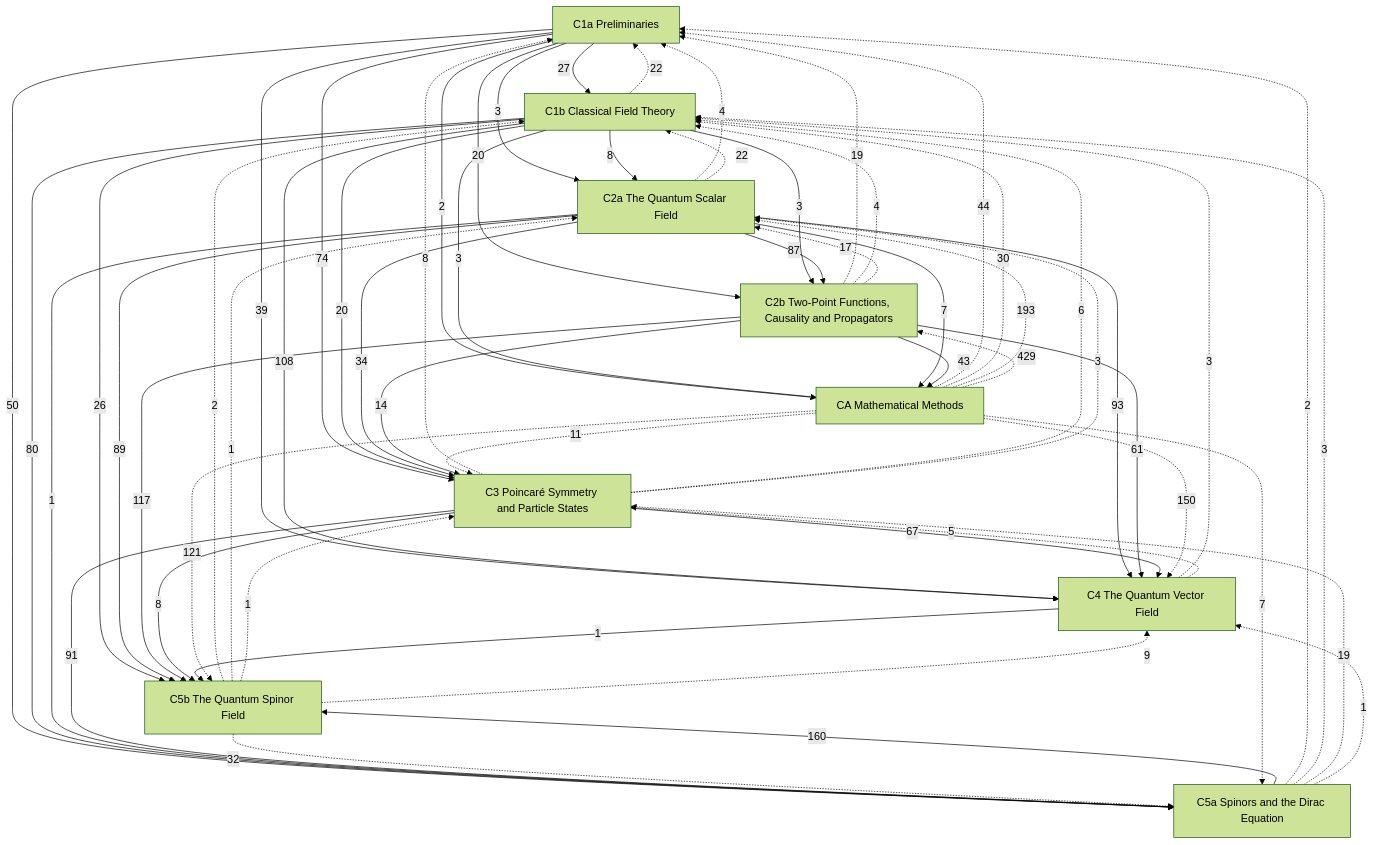
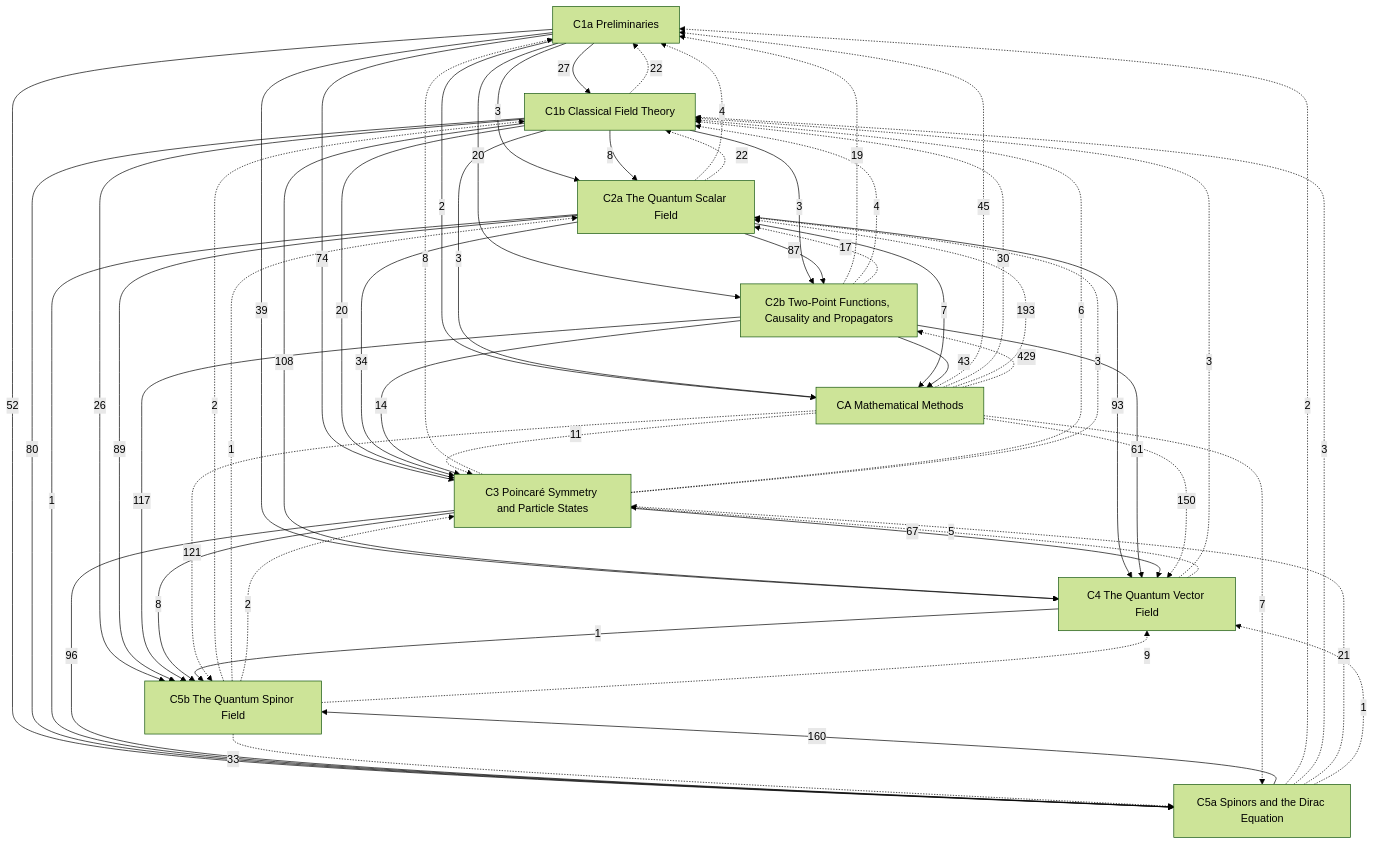
The diagram in Physics/Quantum Field Theory/Quantum Field Theory.md (Onion20040508/notes), drawn with Mermaid (forest theme) before and after one commit. The commit also changed other lines of this file and 75 other files, not shown here.

````diff
--- a/Physics/Quantum Field Theory/Quantum Field Theory.md
+++ b/Physics/Quantum Field Theory/Quantum Field Theory.md
@@ -28,69 +28,69 @@
 ```mermaid
 graph TD
   C1a["C1a Preliminaries"]
   C1b["C1b Classical Field Theory"]
   C2a["C2a The Quantum Scalar Field"]
   C2b["C2b Two-Point Functions, Causality and Propagators"]
   C3["C3 Poincaré Symmetry and Particle States"]
   C4["C4 The Quantum Vector Field"]
   C5a["C5a Spinors and the Dirac Equation"]
   C5b["C5b The Quantum Spinor Field"]
   CA["CA Mathematical Methods"]
   C1a -->|27| C1b
   C1a -->|3| C2a
   C1b -->|8| C2a
   C1a -->|20| C2b
   C1b -->|3| C2b
   C2a -->|87| C2b
   C1a -->|74| C3
   C1b -->|20| C3
   C2a -->|34| C3
   C2b -->|14| C3
   C1a -->|39| C4
   C1b -->|108| C4
   C2a -->|93| C4
   C2b -->|61| C4
   C3 -->|67| C4
-  C1a -->|50| C5a
+  C1a -->|52| C5a
   C1b -->|80| C5a
   C2a -->|1| C5a
-  C3 -->|91| C5a
+  C3 -->|96| C5a
   C1b -->|26| C5b
   C2a -->|89| C5b
   C2b -->|117| C5b
   C3 -->|8| C5b
   C4 -->|1| C5b
   C5a -->|160| C5b
   C1a -->|2| CA
   C1b -->|3| CA
   C2a -->|7| CA
   C2b -->|43| CA
   C1b -.->|22| C1a
   C2a -.->|4| C1a
   C2b -.->|19| C1a
   C3 -.->|8| C1a
   C5a -.->|2| C1a
-  CA -.->|44| C1a
+  CA -.->|45| C1a
   C2a -.->|22| C1b
   C2b -.->|4| C1b
   C3 -.->|6| C1b
   C4 -.->|3| C1b
   C5a -.->|3| C1b
   C5b -.->|2| C1b
   CA -.->|30| C1b
   C2b -.->|17| C2a
   C3 -.->|3| C2a
   C5b -.->|1| C2a
   CA -.->|193| C2a
   CA -.->|429| C2b
   C4 -.->|5| C3
-  C5a -.->|19| C3
-  C5b -.->|1| C3
+  C5a -.->|21| C3
+  C5b -.->|2| C3
   CA -.->|11| C3
   C5a -.->|1| C4
   C5b -.->|9| C4
   CA -.->|150| C4
-  C5b -.->|32| C5a
+  C5b -.->|33| C5a
   CA -.->|7| C5a
   CA -.->|121| C5b
 ```
````
